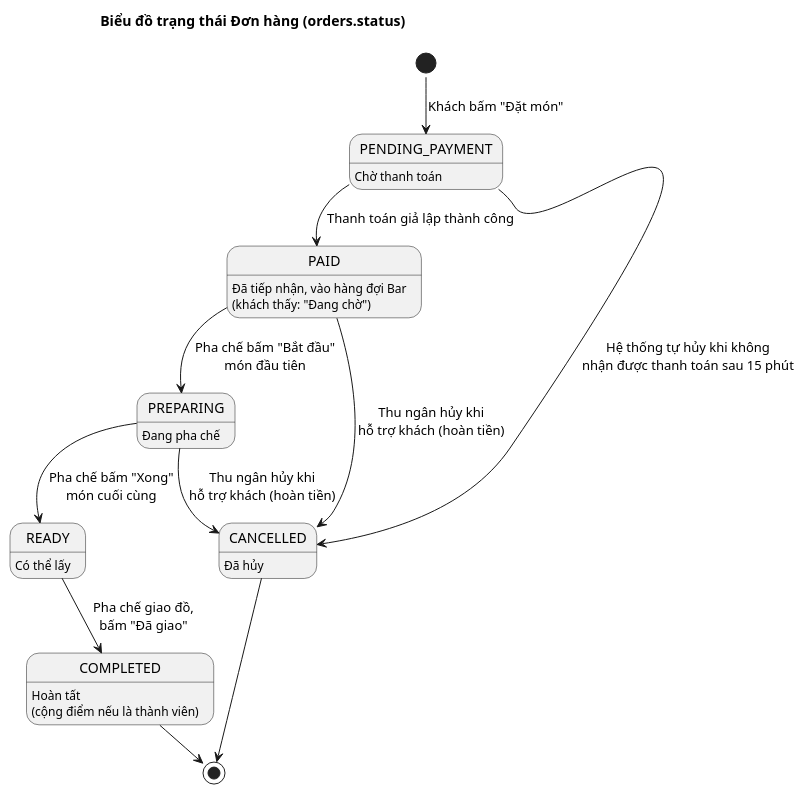
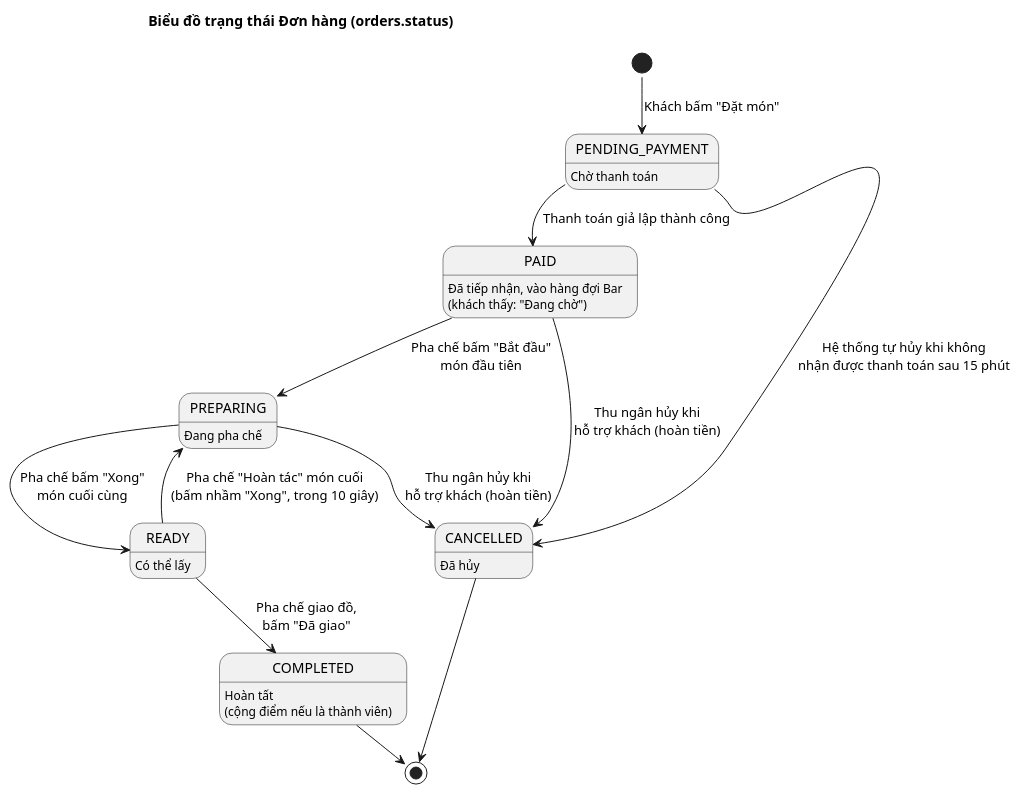
The diagram in 1.Bao_cao/Thiet_ke_he_thong/diagrams/src/III_state_don_hang.puml (thanhbinh0493/smartcafe), drawn with PlantUML before and after one commit. The commit also changed 85 other files, not shown here.

```diff
--- a/1.Bao_cao/Thiet_ke_he_thong/diagrams/src/III_state_don_hang.puml
+++ b/1.Bao_cao/Thiet_ke_he_thong/diagrams/src/III_state_don_hang.puml
@@ -1,27 +1,28 @@
 @startuml III_state_don_hang
 !pragma layout smetana
 skinparam defaultFontName Arial
 title Biểu đồ trạng thái Đơn hàng (orders.status)
 
 [*] --> PENDING_PAYMENT : Khách bấm "Đặt món"
 PENDING_PAYMENT : Chờ thanh toán
 PENDING_PAYMENT --> PAID : Thanh toán giả lập thành công
 PENDING_PAYMENT --> CANCELLED : Hệ thống tự hủy khi không\nnhận được thanh toán sau 15 phút
 
 PAID : Đã tiếp nhận, vào hàng đợi Bar\n(khách thấy: "Đang chờ")
 PAID --> PREPARING : Pha chế bấm "Bắt đầu"\nmón đầu tiên
 PAID --> CANCELLED : Thu ngân hủy khi\nhỗ trợ khách (hoàn tiền)
 
 PREPARING : Đang pha chế
 PREPARING --> READY : Pha chế bấm "Xong"\nmón cuối cùng
 PREPARING --> CANCELLED : Thu ngân hủy khi\nhỗ trợ khách (hoàn tiền)
 
 READY : Có thể lấy
 READY --> COMPLETED : Pha chế giao đồ,\nbấm "Đã giao"
+READY --> PREPARING : Pha chế "Hoàn tác" món cuối\n(bấm nhầm "Xong", trong 10 giây)
 
 COMPLETED : Hoàn tất\n(cộng điểm nếu là thành viên)
 CANCELLED : Đã hủy
 
 COMPLETED --> [*]
 CANCELLED --> [*]
 @enduml
```
